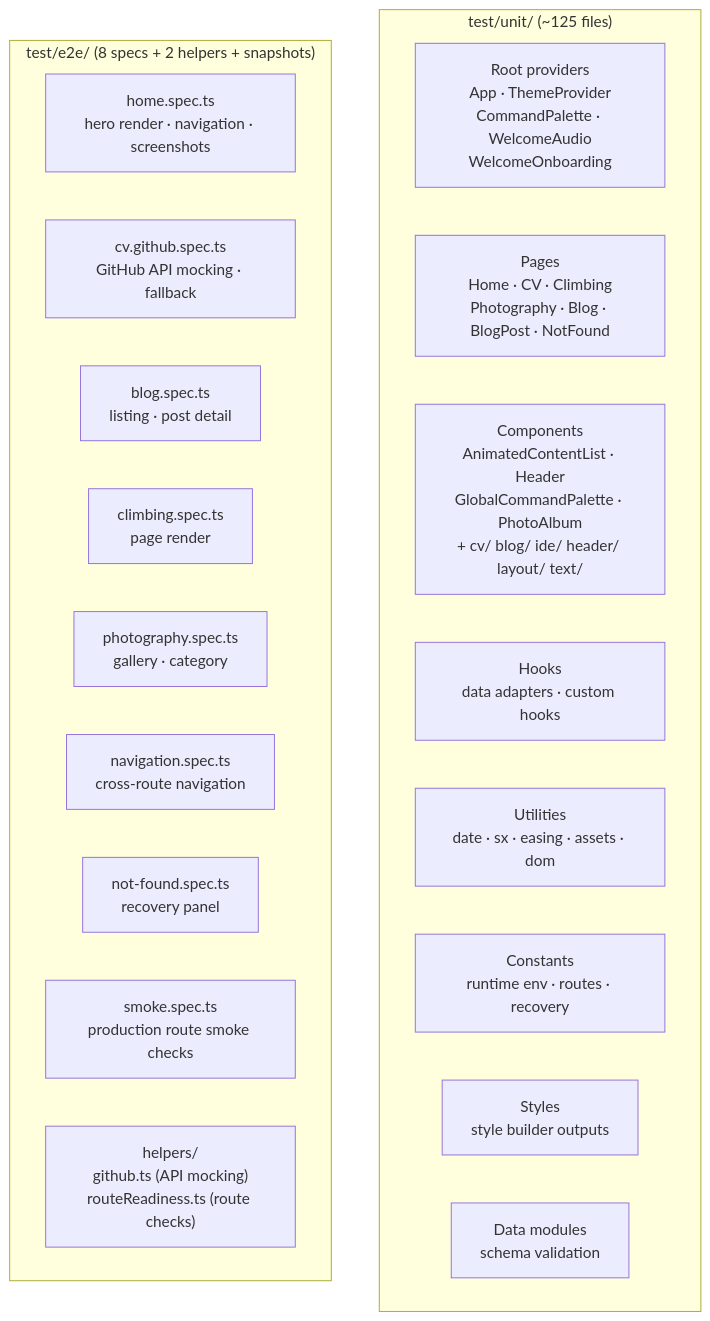
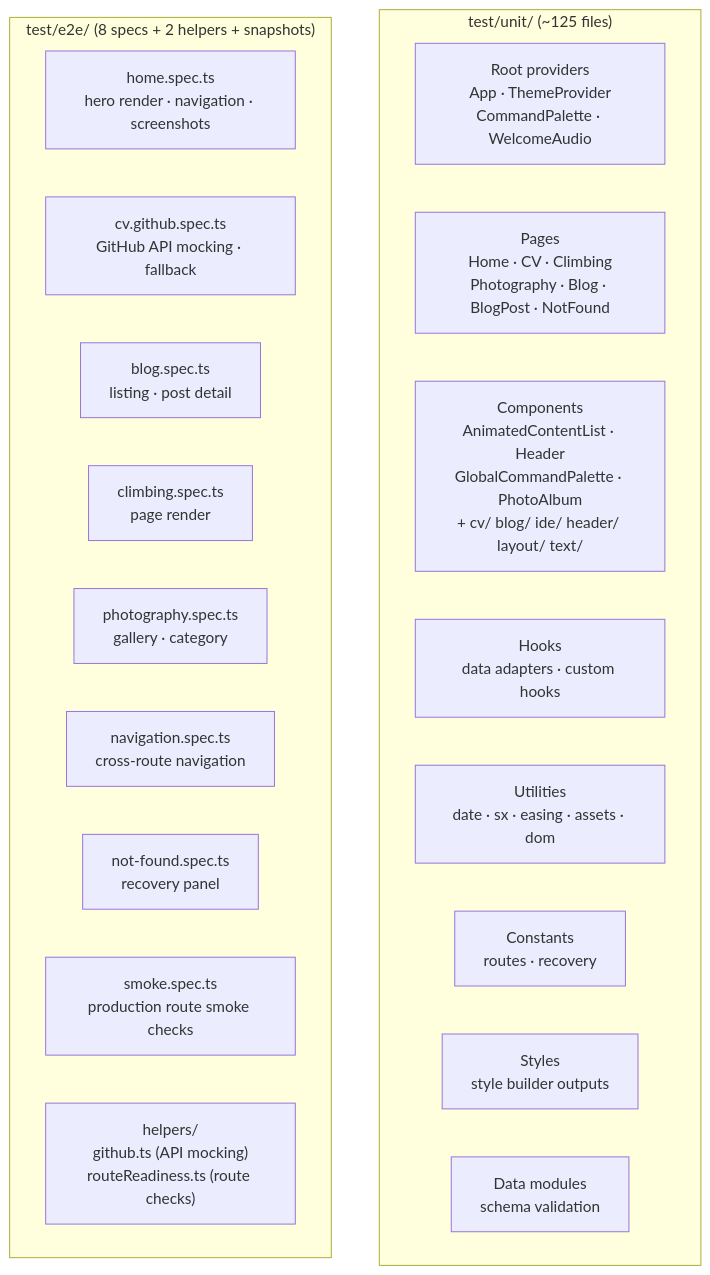
The first of 2 diagrams in docs/engineering/testing-strategy.md (danphenderson/dev-danhenderson), drawn with Mermaid before and after one commit. The commit also changed other lines of this file and 106 other files, not shown here.

````diff
--- a/docs/engineering/testing-strategy.md
+++ b/docs/engineering/testing-strategy.md
@@ -120,25 +130,25 @@
 ```mermaid
 flowchart TB
   subgraph Unit["test/unit/ (~125 files)"]
-    Providers["Root providers<br/>App · ThemeProvider<br/>CommandPalette · WelcomeAudio<br/>WelcomeOnboarding"]
+    Providers["Root providers<br/>App · ThemeProvider<br/>CommandPalette · WelcomeAudio"]
     Pages["Pages<br/>Home · CV · Climbing<br/>Photography · Blog · BlogPost · NotFound"]
     Components["Components<br/>AnimatedContentList · Header<br/>GlobalCommandPalette · PhotoAlbum<br/>+ cv/ blog/ ide/ header/ layout/ text/"]
     Hooks["Hooks<br/>data adapters · custom hooks"]
     Utils["Utilities<br/>date · sx · easing · assets · dom"]
-    Constants["Constants<br/>runtime env · routes · recovery"]
+    Constants["Constants<br/>routes · recovery"]
     Styles["Styles<br/>style builder outputs"]
     Data["Data modules<br/>schema validation"]
   end
 
   subgraph E2E["test/e2e/ (8 specs + 2 helpers + snapshots)"]
     HomeE2E["home.spec.ts<br/>hero render · navigation · screenshots"]
     CVE2E["cv.github.spec.ts<br/>GitHub API mocking · fallback"]
     BlogE2E["blog.spec.ts<br/>listing · post detail"]
     ClimbE2E["climbing.spec.ts<br/>page render"]
     PhotoE2E["photography.spec.ts<br/>gallery · category"]
     NavE2E["navigation.spec.ts<br/>cross-route navigation"]
     NFE2E["not-found.spec.ts<br/>recovery panel"]
     SmokeE2E["smoke.spec.ts<br/>production route smoke checks"]
     Helpers["helpers/<br/>github.ts (API mocking)<br/>routeReadiness.ts (route checks)"]
   end
 ```
````
